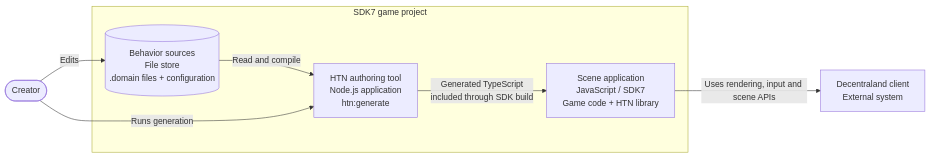
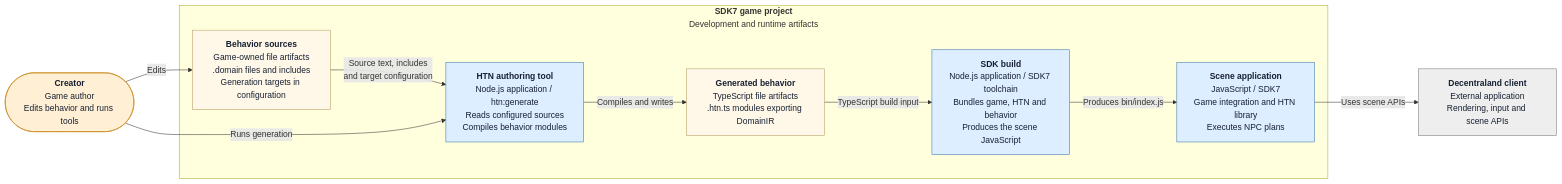
One commit to decentraland/sdk7-test-scenes changed the second of 2 diagrams in scenes/96,-11-htn-planner/README.md. Above: the diagram before and after it, drawn with Mermaid. The commit also changed other lines of this file and 1 other file, not shown here.

Commit message:
docs(htn): expand Mermaid roles and authoring-build contracts

````diff
--- a/scenes/96,-11-htn-planner/README.md
+++ b/scenes/96,-11-htn-planner/README.md
@@ -97,15 +97,48 @@
 ```mermaid
 flowchart LR
-    Creator(["Creator"])
-    subgraph Project["SDK7 game project"]
-        Sources[("Behavior sources<br/>File store<br/>.domain files + configuration")]
-        Authoring["HTN authoring tool<br/>Node.js application<br/>htn:generate"]
-        Runtime["Scene application<br/>JavaScript / SDK7<br/>Game code + HTN library"]
-        Sources -->|"Read and compile"| Authoring
-        Authoring -->|"Generated TypeScript<br/>included through SDK build"| Runtime
+    Creator(["`**Creator**
+Game author
+Edits behavior and runs tools`"])
+    subgraph Project["`**SDK7 game project**
+Development and runtime artifacts`"]
+        Sources["`**Behavior sources**
+Game-owned file artifacts
+.domain files and includes
+Generation targets in configuration`"]
+        Authoring["`**HTN authoring tool**
+Node.js application / htn:generate
+Reads configured sources
+Compiles behavior modules`"]
+        Generated["`**Generated behavior**
+TypeScript file artifacts
+.htn.ts modules exporting DomainIR`"]
+        Build["`**SDK build**
+Node.js application / SDK7 toolchain
+Bundles game, HTN and behavior
+Produces the scene JavaScript`"]
+        Runtime["`**Scene application**
+JavaScript / SDK7
+Game integration and HTN library
+Executes NPC plans`"]
+        Sources -->|"`Source text, includes
+and target configuration`"| Authoring
+        Authoring -->|"`Compiles and writes`"| Generated
+        Generated -->|"`TypeScript build input`"| Build
+        Build -->|"`Produces bin/index.js`"| Runtime
     end
-    Client["Decentraland client<br/>External system"]
-    Creator -->|"Edits"| Sources
-    Creator -->|"Runs generation"| Authoring
-    Runtime -->|"Uses rendering, input and scene APIs"| Client
+    Client["`**Decentraland client**
+External application
+Rendering, input and scene APIs`"]
+    Creator -->|"`Edits`"| Sources
+    Creator -->|"`Runs generation`"| Authoring
+    Runtime -->|"`Uses scene APIs`"| Client
+
+    classDef game fill:#fff0d5,stroke:#c88719,color:#172033;
+    classDef artifact fill:#fff8e8,stroke:#b49861,color:#172033;
+    classDef application fill:#dceeff,stroke:#3975aa,color:#172033;
+    classDef external fill:#eeeeee,stroke:#777777,color:#172033;
+    class Creator game;
+    class Sources,Generated artifact;
+    class Authoring,Build,Runtime application;
+    class Client external;
 ```
````
